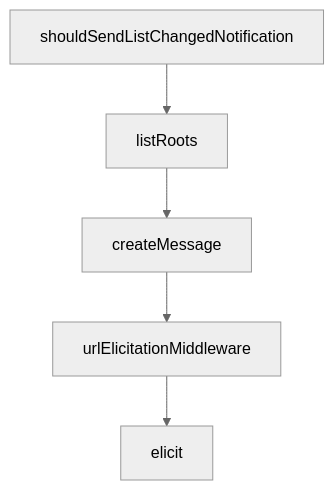
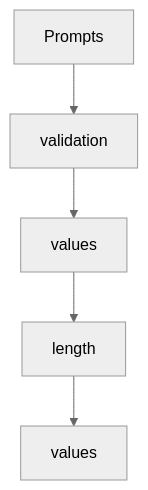
One commit to johnxie/awesome-code-docs changed the diagram in tutorials/mcp-go-sdk-tutorial/05-client-capabilities-roots-sampling-and-elicitation.md. Above: the diagram before and after it, drawn with Mermaid (neutral theme). The commit also changed other lines of this file and 1232 other files, not shown here.

````diff
--- a/tutorials/mcp-go-sdk-tutorial/05-client-capabilities-roots-sampling-and-elicitation.md
+++ b/tutorials/mcp-go-sdk-tutorial/05-client-capabilities-roots-sampling-and-elicitation.md
@@ -220,12 +218,12 @@
 ```mermaid
 flowchart TD
-    A[shouldSendListChangedNotification]
-    B[listRoots]
-    C[createMessage]
-    D[urlElicitationMiddleware]
-    E[elicit]
+    A[Prompts]
+    B[validation]
+    C[values]
+    D[length]
+    E[values]
     A --> B
     B --> C
     C --> D
     D --> E
 ```
````
